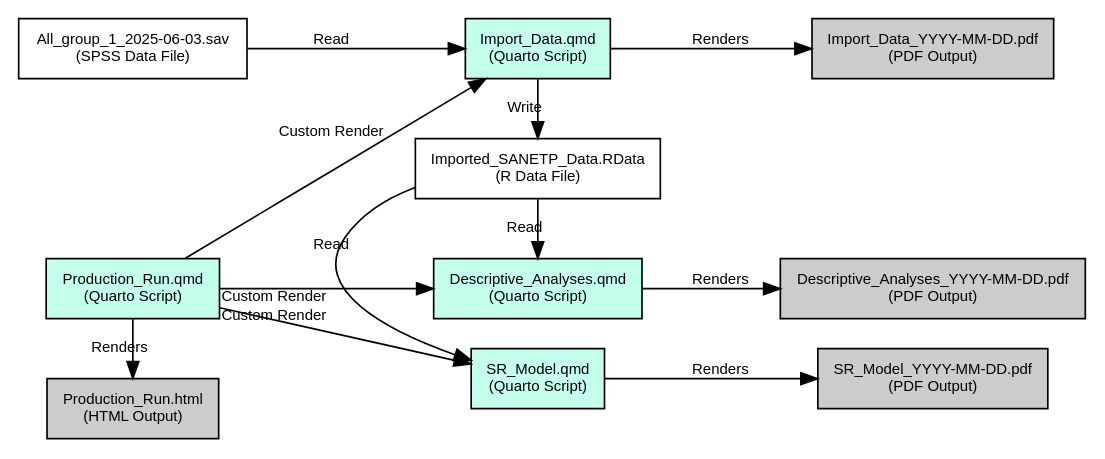
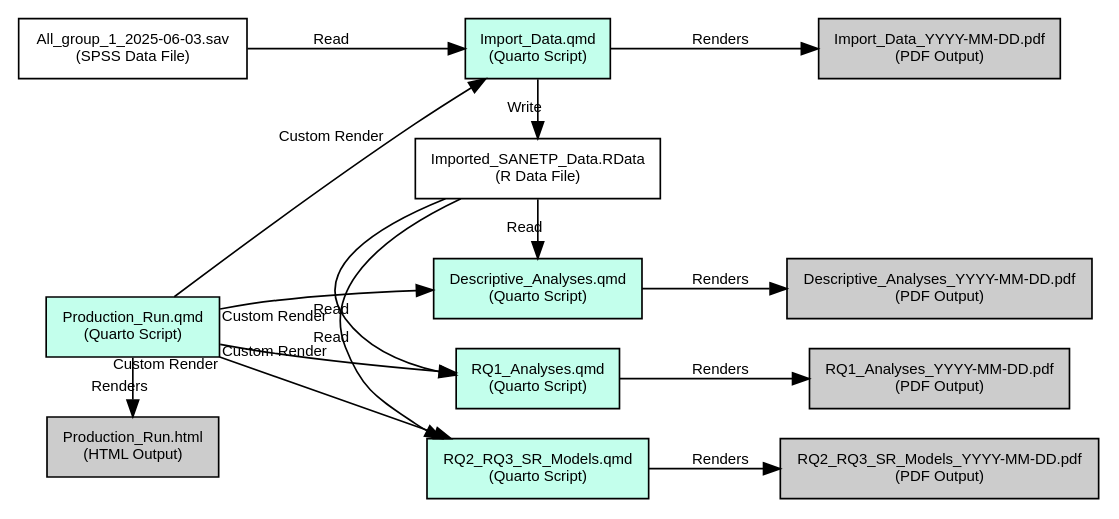
Before and after one commit to sjpierce/SANETPA: the diagram in scripts/Production_Run.qmd, drawn with Graphviz.

Commit message:
Updated workflow diagram.

````diff
--- a/scripts/Production_Run.qmd
+++ b/scripts/Production_Run.qmd
@@ -111,39 +111,44 @@
 ```{dot}
 //| label: fig-production
 //| fig-cap: "Production Workflow Diagram"
 //| fig-width: 7
-//| fig-height: 3.5
+//| fig-height: 5
 
 digraph Production {
 rankdir="LR";
 
 node [shape = "box", style= "filled", fontname = "Arial", fontsize = 9, fillcolor = "#C3FFEC"]
 DAS [label = "Descriptive_Analyses.qmd\n(Quarto Script)"]
 DAO [label = "Descriptive_Analyses_YYYY-MM-DD.pdf\n(PDF Output)", fillcolor = "grey80"]
-SRS [label = "SR_Model.qmd\n(Quarto Script)"]
-SRO [label = "SR_Model_YYYY-MM-DD.pdf\n(PDF Output)", fillcolor = "grey80"]
+R1S [label = "RQ1_Analyses.qmd\n(Quarto Script)"]
+R1O [label = "RQ1_Analyses_YYYY-MM-DD.pdf\n(PDF Output)", fillcolor = "grey80"]
+R2S [label = "RQ2_RQ3_SR_Models.qmd\n(Quarto Script)"]
+R2O [label = "RQ2_RQ3_SR_Models_YYYY-MM-DD.pdf\n(PDF Output)", fillcolor = "grey80"]
 IDS [label = "Import_Data.qmd\n(Quarto Script)"]
 RawData [label = "All_group_1_2025-06-03.sav\n(SPSS Data File)", fillcolor = "white"]
 FinalData [label = "Imported_SANETP_Data.RData\n(R Data File)", fillcolor = "white"]
 IDO [label = "Import_Data_YYYY-MM-DD.pdf\n(PDF Output)", fillcolor = "grey80"]
 PRO [label = "Production_Run.html\n(HTML Output)", fillcolor = "grey80"]
 PRS [label = "Production_Run.qmd\n(Quarto Script)"]
 
 edge [fontname = "Arial", fontsize = 9]
 PRS -> IDS [label = "Custom Render"]
 PRS -> DAS [taillabel = "Custom Render"]
-PRS -> SRS [taillabel = "Custom Render"]
+PRS -> R1S [taillabel = "Custom Render"]
+PRS -> R2S [taillabel = "Custom Render"]
 RawData -> IDS [label = "Read"]
 PRS -> PRO [label = "Renders"]
 IDS -> IDO [label = "Renders"]
 IDS -> FinalData [label = "Write"]
 FinalData -> DAS [label = "Read"]
 DAS -> DAO [label = "Renders"]
-FinalData -> SRS [label = "Read"]
-SRS -> SRO [label = "Renders"]
+FinalData -> R1S [label = "Read"]
+FinalData -> R2S [label = "Read"]
+R1S -> R1O [label = "Renders"]
+R2S -> R2O [label = "Renders"]
 
-{ rank=same; IDS; FinalData; DAS; SRS}
-{ rank=same; IDO; DAO; SRO}
+{ rank=same; IDS; FinalData; DAS; R1S; R2S}
+{ rank=same; IDO; DAO; R1O; R2O}
 { rank=same; RawData; PRS; PRO}
 }
 ```
````
